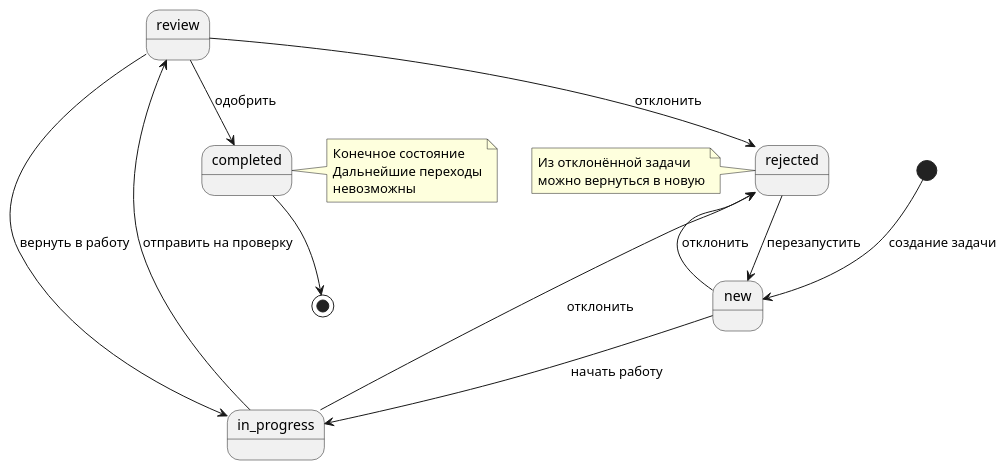
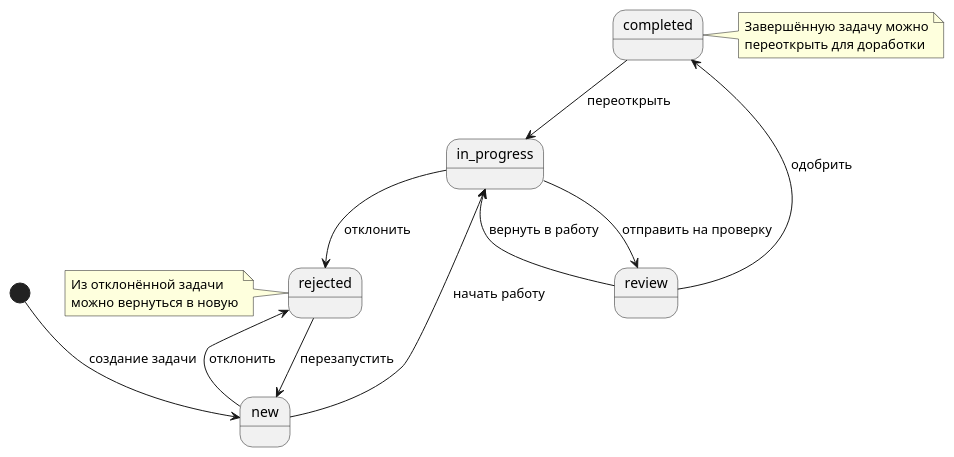
One commit to LustBlue/bebebe changed the first of 3 diagrams in docs/mathematical_models.md. Above: the diagram before and after it, drawn with PlantUML. The commit also changed other lines of this file, not shown here.

First line of the commit message:
Исправлено: добавлен remote репозиторий GitHub и исправлена диаграмма состояний

````diff
--- a/docs/mathematical_models.md
+++ b/docs/mathematical_models.md
@@ -47,30 +46,28 @@
 ```plantuml
 @startuml
 [*] --> new : создание задачи
 
 new --> in_progress : начать работу
 new --> rejected : отклонить
 
 in_progress --> review : отправить на проверку
 in_progress --> rejected : отклонить
 
 review --> completed : одобрить
 review --> in_progress : вернуть в работу
-review --> rejected : отклонить
 
 rejected --> new : перезапустить
 
-completed --> [*]
+completed --> in_progress : переоткрыть
 
 note right of completed
-  Конечное состояние
-  Дальнейшие переходы
-  невозможны
+  Завершённую задачу можно
+  переоткрыть для доработки
 end note
 
 note left of rejected
   Из отклонённой задачи
   можно вернуться в новую
 end note
 @enduml
 ```
````
